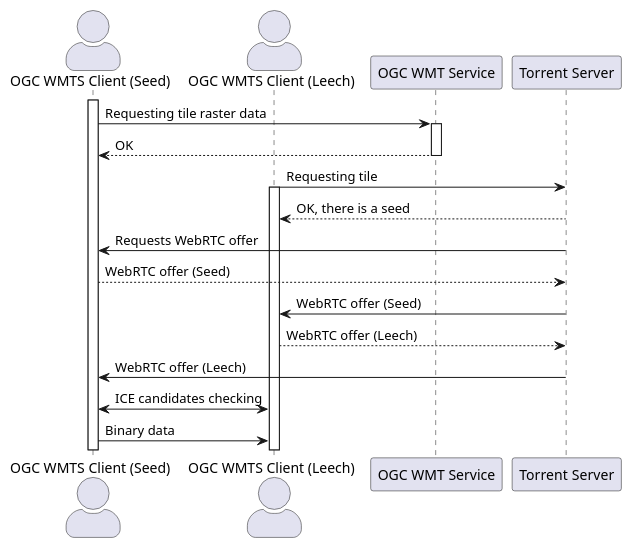
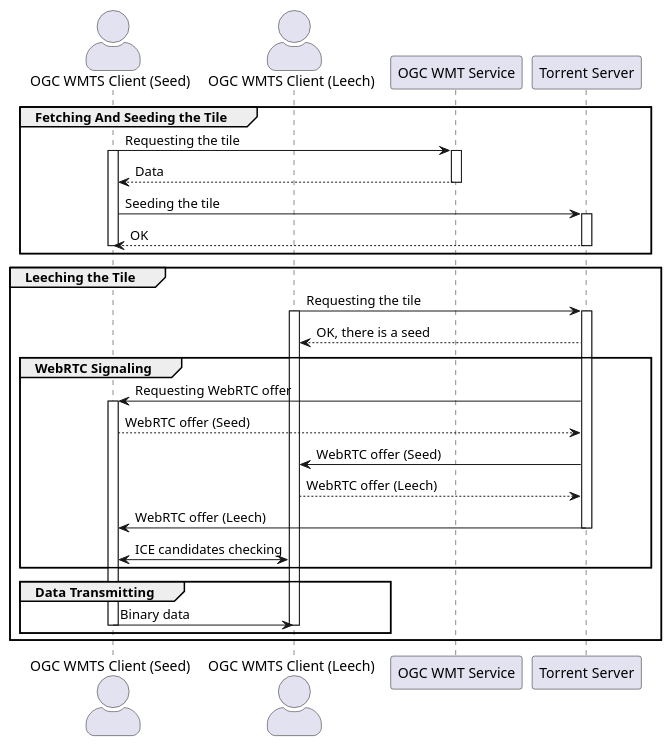
Before and after one commit to ViktorKugay/hse-master-thesis: the diagram in src/diagram_1.puml, drawn with PlantUML.

```diff
--- a/src/diagram_1.puml
+++ b/src/diagram_1.puml
@@ -1,28 +1,56 @@
 @startuml
 
 ' skinparam maxMessageSize 150
 skinparam actorStyle awesome
 
 actor OGCWMTSClientSeed as "OGC WMTS Client (Seed)"
 actor OGCWMTSClientLeech as "OGC WMTS Client (Leech)"
 participant OGCWMTServer as "OGC WMT Service"
 participant TorrentServer as "Torrent Server"
 
+group Fetching And Seeding the Tile
+
+OGCWMTSClientSeed -> OGCWMTServer : Requesting the tile
 activate OGCWMTSClientSeed
-OGCWMTSClientSeed -> OGCWMTServer : Requesting tile raster data
 activate OGCWMTServer
-OGCWMTServer --> OGCWMTSClientSeed : OK
+OGCWMTServer --> OGCWMTSClientSeed : Data
 deactivate OGCWMTServer
+OGCWMTSClientSeed -> TorrentServer : Seeding the tile
+activate TorrentServer
+TorrentServer --> OGCWMTSClientSeed : OK
+deactivate TorrentServer
+deactivate OGCWMTSClientSeed
 
-OGCWMTSClientLeech -> TorrentServer : Requesting tile
+end
+
+group Leeching the Tile 
+
+OGCWMTSClientLeech -> TorrentServer : Requesting the tile
+activate TorrentServer
 activate OGCWMTSClientLeech
 TorrentServer --> OGCWMTSClientLeech : OK, there is a seed
-TorrentServer -> OGCWMTSClientSeed : Requests WebRTC offer
+
+group WebRTC Signaling
+
+TorrentServer -> OGCWMTSClientSeed : Requesting WebRTC offer
+activate OGCWMTSClientSeed
 OGCWMTSClientSeed --> TorrentServer : WebRTC offer (Seed)
 TorrentServer -> OGCWMTSClientLeech : WebRTC offer (Seed)
 OGCWMTSClientLeech --> TorrentServer : WebRTC offer (Leech)
 TorrentServer ->  OGCWMTSClientSeed : WebRTC offer (Leech)
+deactivate TorrentServer
 OGCWMTSClientLeech <-> OGCWMTSClientSeed : ICE candidates checking
+
+end
+
+group Data Transmitting
+
 OGCWMTSClientSeed -> OGCWMTSClientLeech : Binary data
+deactivate OGCWMTSClientLeech
+deactivate OGCWMTSClientSeed
+
+end
+
+end
 
 @enduml
```
